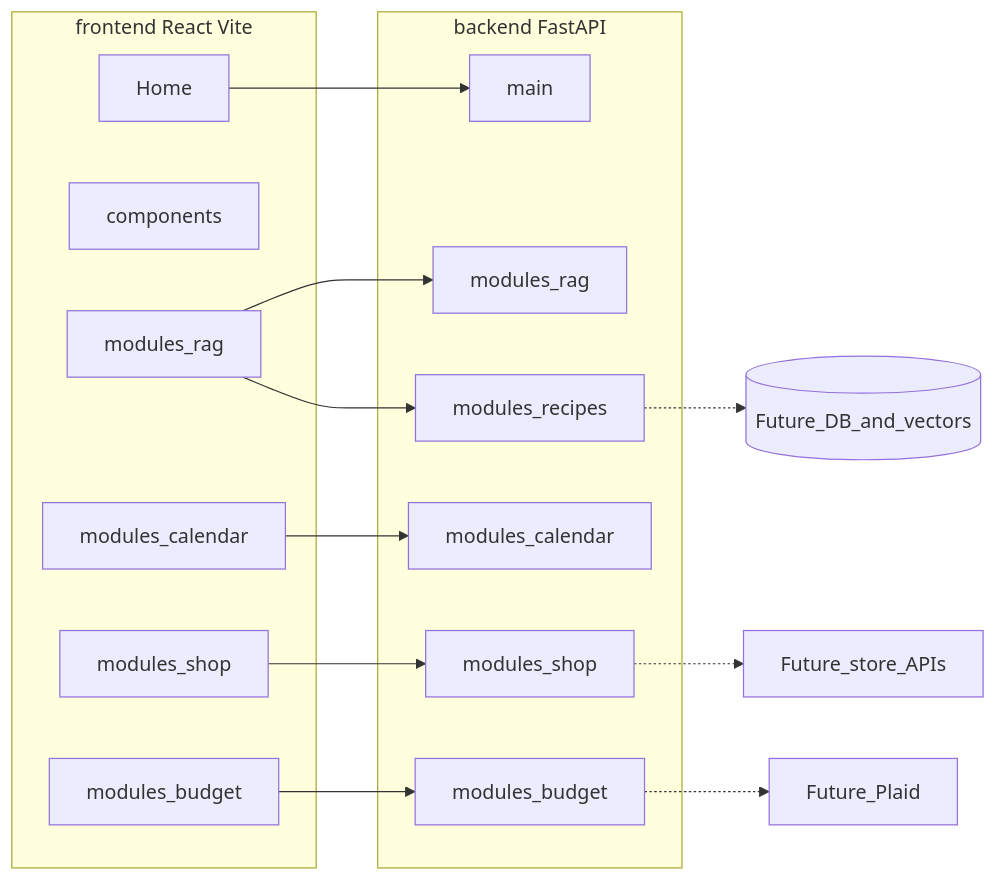
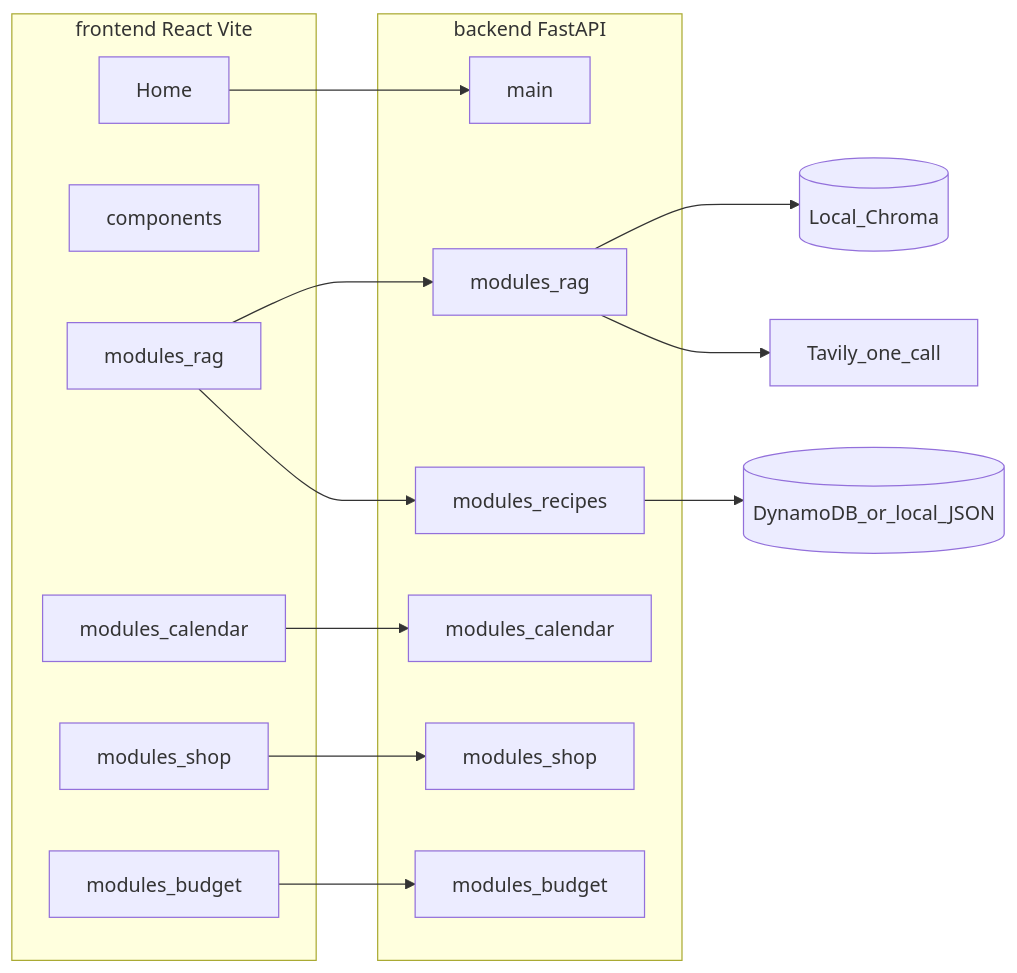
Before and after one commit to nathanfelix72/Thyme: the diagram in docs/SCHEMATIC.md, drawn with Mermaid. The commit also changed other lines of this file and 66 other files, not shown here.

````diff
--- a/docs/SCHEMATIC.md
+++ b/docs/SCHEMATIC.md
@@ -18,28 +18,28 @@
 ```mermaid
 flowchart LR
   subgraph frontend [frontend React Vite]
     Home[Home]
     UiComponents[components]
     RagUi[modules_rag]
     CalUi[modules_calendar]
     ShopUi[modules_shop]
     BudUi[modules_budget]
   end
   subgraph api [backend FastAPI]
     Main[main]
     RagApi[modules_rag]
     RecipesApi[modules_recipes]
     CalApi[modules_calendar]
     ShopApi[modules_shop]
     BudApi[modules_budget]
   end
   Home --> Main
   RagUi --> RagApi
   RagUi --> RecipesApi
   CalUi --> CalApi
   ShopUi --> ShopApi
   BudUi --> BudApi
-  RecipesApi -.-> FutureDb[(Future_DB_and_vectors)]
-  BudApi -.-> FuturePlaid[Future_Plaid]
-  ShopApi -.-> FutureStores[Future_store_APIs]
+  RecipesApi --> RecipesDb[(DynamoDB_or_local_JSON)]
+  RagApi --> Chroma[(Local_Chroma)]
+  RagApi --> Tavily[Tavily_one_call]
 ```
````
